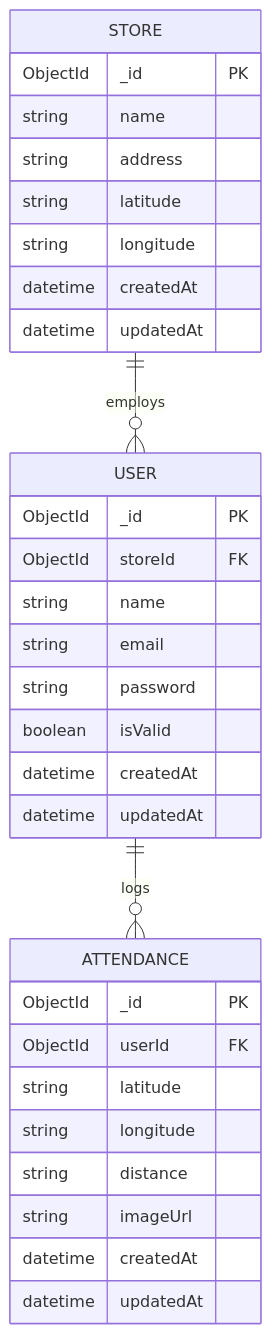
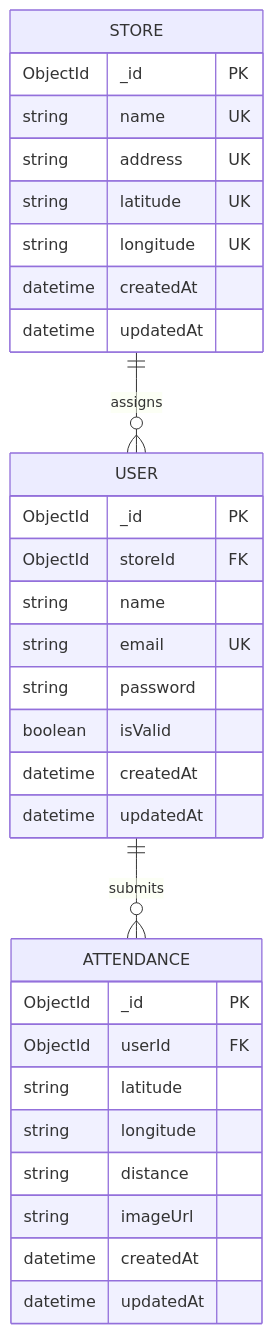
Before and after one commit to masanthimanshu/hrms-backend: the third of 3 diagrams in README.md, drawn with Mermaid. The commit also changed other lines of this file and 12 other files, not shown here.

````diff
--- a/README.md
+++ b/README.md
@@ -94,37 +155,37 @@
 ```mermaid
 erDiagram
-    STORE ||--o{ USER : "employs"
-    USER ||--o{ ATTENDANCE : "logs"
+    STORE ||--o{ USER : "assigns"
+    USER ||--o{ ATTENDANCE : "submits"
 
     STORE {
         ObjectId _id PK
-        string name
-        string address
-        string latitude
-        string longitude
+        string name UK
+        string address UK
+        string latitude UK
+        string longitude UK
         datetime createdAt
         datetime updatedAt
     }
 
     USER {
         ObjectId _id PK
         ObjectId storeId FK
         string name
-        string email
+        string email UK
         string password
         boolean isValid
         datetime createdAt
         datetime updatedAt
     }
 
     ATTENDANCE {
         ObjectId _id PK
         ObjectId userId FK
         string latitude
         string longitude
         string distance
         string imageUrl
         datetime createdAt
         datetime updatedAt
     }
 ```
````
